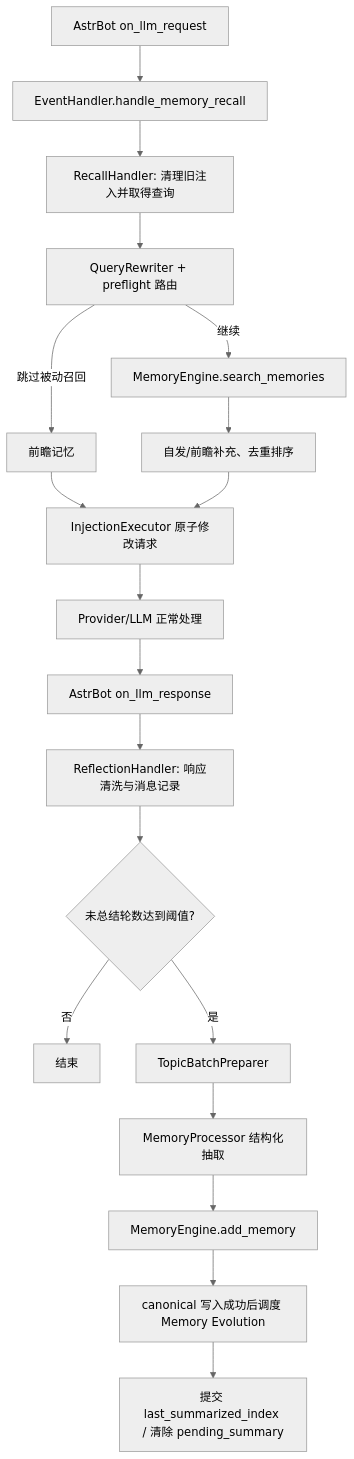
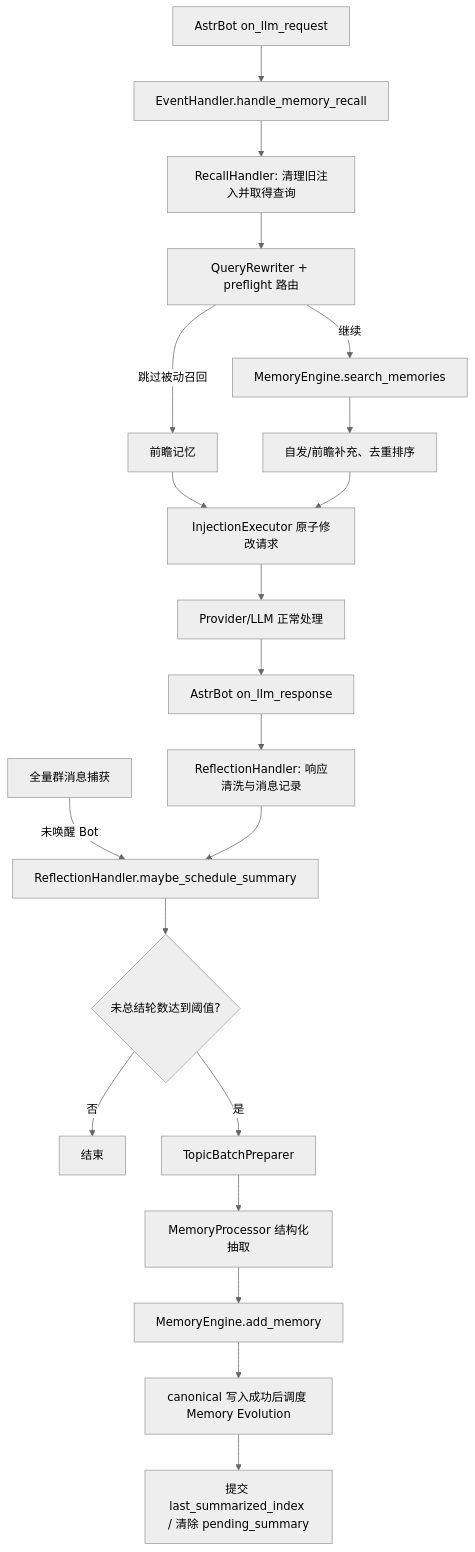
One commit to INSide-734/astrbot_plugin_memora changed the diagram in core/handlers/AGENTS.md. Above: the diagram before and after it, drawn with Mermaid (neutral theme). The commit also changed other lines of this file and 5 other files, not shown here.

````diff
--- a/core/handlers/AGENTS.md
+++ b/core/handlers/AGENTS.md
@@ -21,21 +22,23 @@
 ```mermaid
 flowchart TD
     A["AstrBot on_llm_request"] --> B["EventHandler.handle_memory_recall"]
     B --> C["RecallHandler: 清理旧注入并取得查询"]
     C --> D["QueryRewriter + preflight 路由"]
     D -->|"跳过被动召回"| E["前瞻记忆"]
     D -->|"继续"| F["MemoryEngine.search_memories"]
     F --> G["自发/前瞻补充、去重排序"]
     E --> H["InjectionExecutor 原子修改请求"]
     G --> H
     H --> I["Provider/LLM 正常处理"]
     I --> J["AstrBot on_llm_response"]
     J --> K["ReflectionHandler: 响应清洗与消息记录"]
-    K --> L{"未总结轮数达到阈值?"}
+    S["全量群消息捕获"] -->|"未唤醒 Bot"| T["ReflectionHandler.maybe_schedule_summary"]
+    K --> T
+    T --> L{"未总结轮数达到阈值?"}
     L -->|"否"| M["结束"]
     L -->|"是"| N["TopicBatchPreparer"]
     N --> O["MemoryProcessor 结构化抽取"]
     O --> P["MemoryEngine.add_memory"]
     P --> Q["canonical 写入成功后调度 Memory Evolution"]
     Q --> R["提交 last_summarized_index / 清除 pending_summary"]
 ```
````
